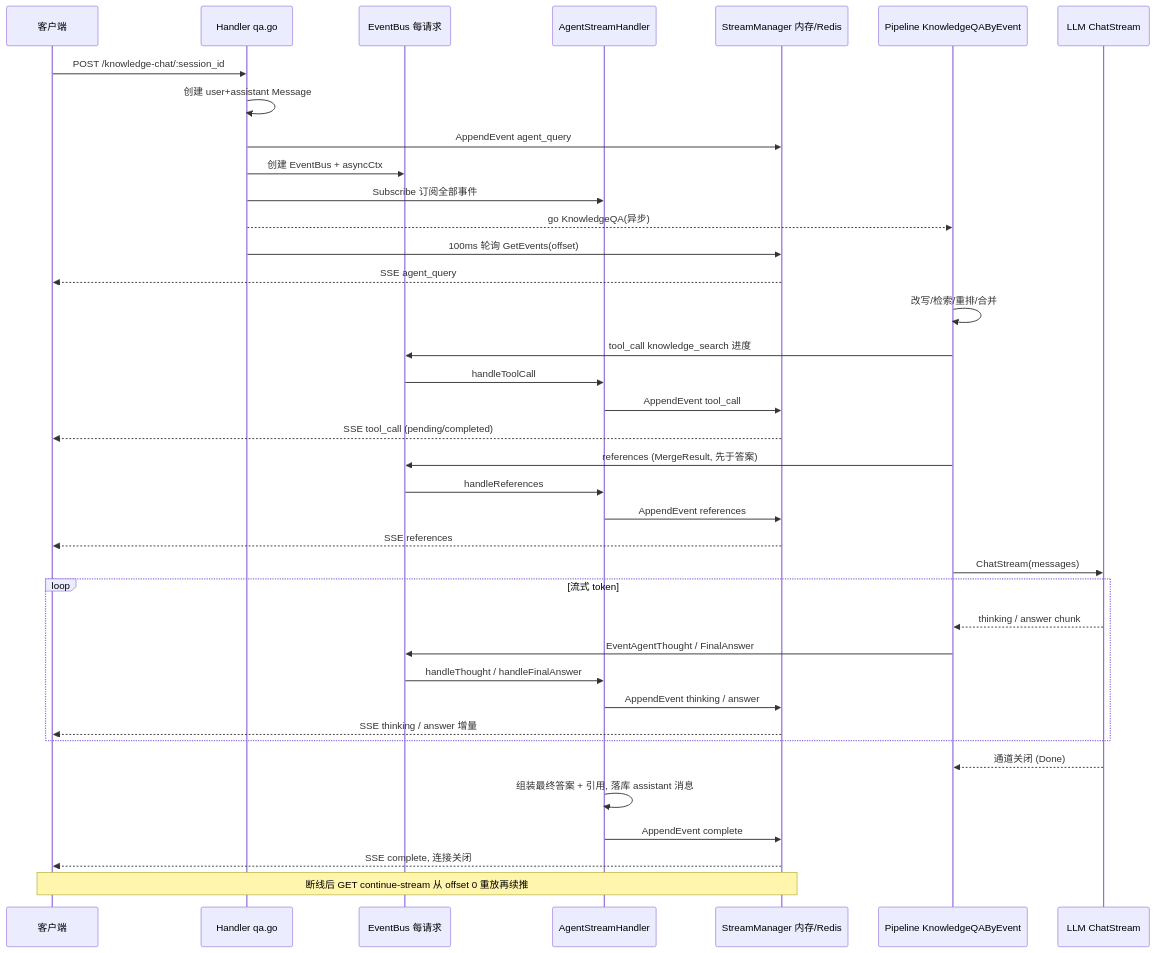
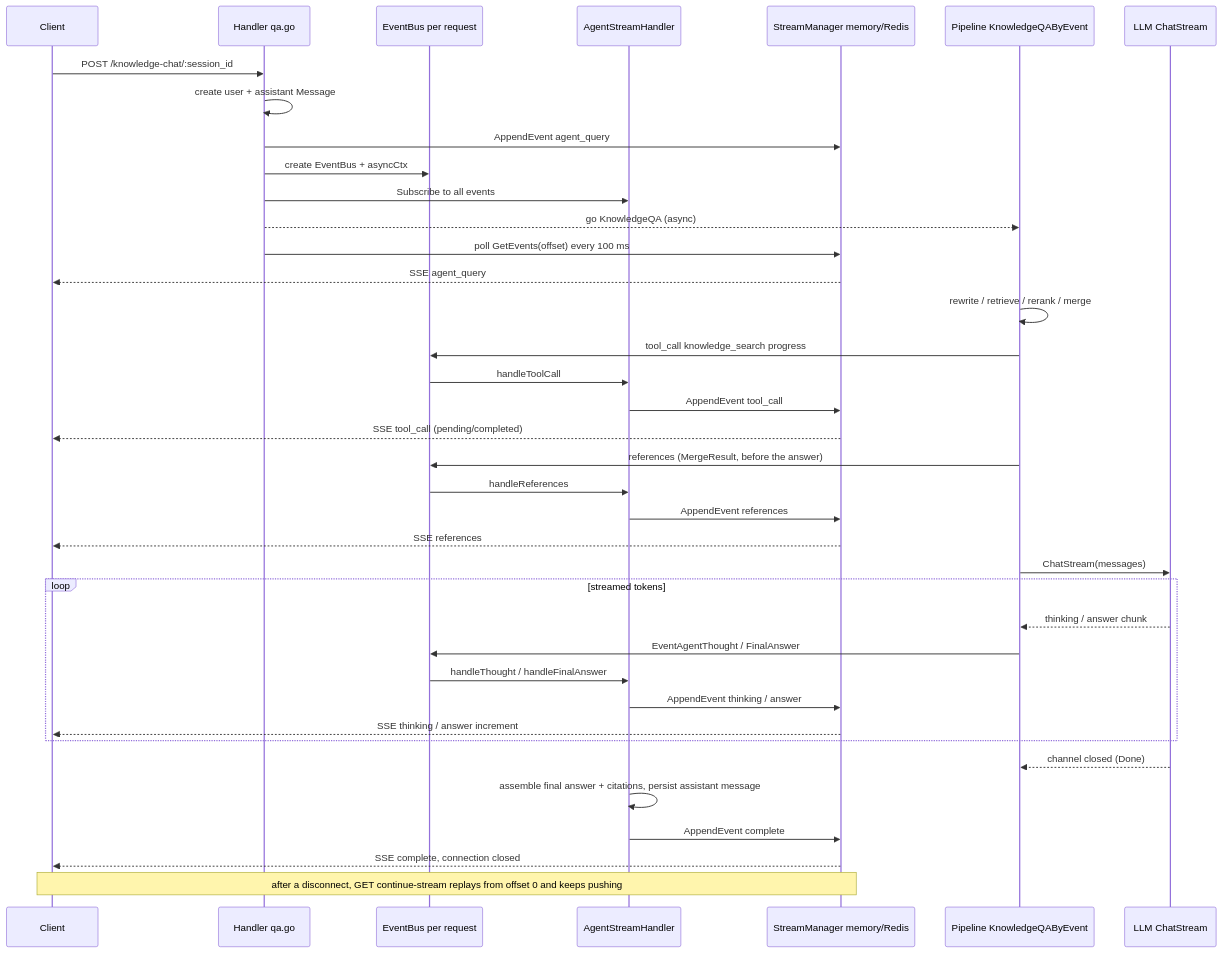
One commit to jrmatherly/ai-kb changed the third of 3 diagrams in website-docs/02-architecture/04-rag-pipeline.md. Above: the diagram before and after it, drawn with Mermaid. The commit also changed other lines of this file and 7 other files, not shown here.

First line of the commit message:
docs(architecture): translate to English, rebrand to AI KB, verify against code

````diff
--- a/website-docs/02-architecture/04-rag-pipeline.md
+++ b/website-docs/02-architecture/04-rag-pipeline.md
@@ -426,41 +426,41 @@
 ```mermaid
 sequenceDiagram
-    participant C as 客户端
+    participant C as Client
     participant H as Handler qa.go
-    participant B as EventBus 每请求
+    participant B as EventBus per request
     participant S as AgentStreamHandler
-    participant M as StreamManager 内存/Redis
+    participant M as StreamManager memory/Redis
     participant P as Pipeline KnowledgeQAByEvent
     participant L as LLM ChatStream
 
     C->>H: POST /knowledge-chat/:session_id
-    H->>H: 创建 user+assistant Message
+    H->>H: create user + assistant Message
     H->>M: AppendEvent agent_query
-    H->>B: 创建 EventBus + asyncCtx
-    H->>S: Subscribe 订阅全部事件
-    H-->>P: go KnowledgeQA(异步)
-    H->>M: 100ms 轮询 GetEvents(offset)
+    H->>B: create EventBus + asyncCtx
+    H->>S: Subscribe to all events
+    H-->>P: go KnowledgeQA (async)
+    H->>M: poll GetEvents(offset) every 100 ms
     M-->>C: SSE agent_query
-    P->>P: 改写/检索/重排/合并
-    P->>B: tool_call knowledge_search 进度
+    P->>P: rewrite / retrieve / rerank / merge
+    P->>B: tool_call knowledge_search progress
     B->>S: handleToolCall
     S->>M: AppendEvent tool_call
     M-->>C: SSE tool_call (pending/completed)
-    P->>B: references (MergeResult, 先于答案)
+    P->>B: references (MergeResult, before the answer)
     B->>S: handleReferences
     S->>M: AppendEvent references
     M-->>C: SSE references
     P->>L: ChatStream(messages)
-    loop 流式 token
+    loop streamed tokens
         L-->>P: thinking / answer chunk
         P->>B: EventAgentThought / FinalAnswer
         B->>S: handleThought / handleFinalAnswer
         S->>M: AppendEvent thinking / answer
-        M-->>C: SSE thinking / answer 增量
+        M-->>C: SSE thinking / answer increment
     end
-    L-->>P: 通道关闭 (Done)
-    S->>S: 组装最终答案 + 引用, 落库 assistant 消息
+    L-->>P: channel closed (Done)
+    S->>S: assemble final answer + citations, persist assistant message
     S->>M: AppendEvent complete
-    M-->>C: SSE complete, 连接关闭
-    Note over C,M: 断线后 GET continue-stream 从 offset 0 重放再续推
+    M-->>C: SSE complete, connection closed
+    Note over C,M: after a disconnect, GET continue-stream replays from offset 0 and keeps pushing
 ```
````
